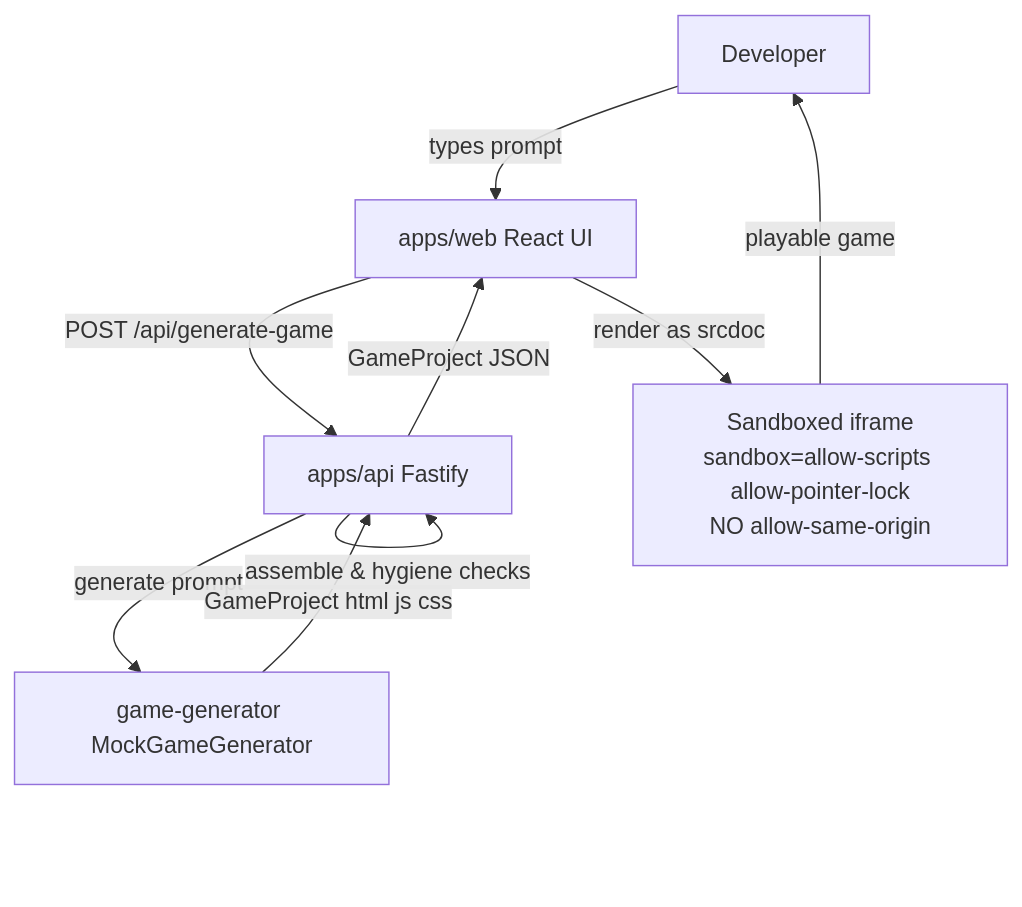
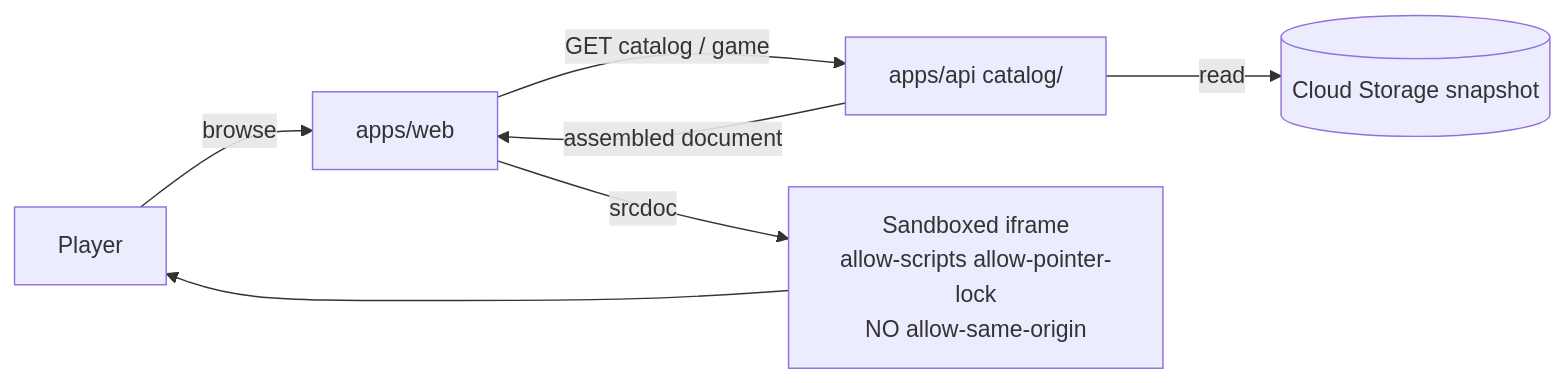
Before and after one commit to gamedevpl/www.gamedev.pl: the first of 2 diagrams in docs/architecture.md, drawn with Mermaid. The commit also changed other lines of this file and 3 other files, not shown here.

````diff
--- a/docs/architecture.md
+++ b/docs/architecture.md
@@ -70,11 +162,9 @@
 ```mermaid
-flowchart TD
-    U[Developer] -->|types prompt| Web[apps/web React UI]
-    Web -->|POST /api/generate-game| API[apps/api Fastify]
-    API -->|generate prompt| Gen[game-generator MockGameGenerator]
-    Gen -->|GameProject html js css| API
-    API -->|assemble & hygiene checks| API
-    API -->|GameProject JSON| Web
-    Web -->|render as srcdoc| IF["Sandboxed iframe<br/>sandbox=allow-scripts allow-pointer-lock<br/>NO allow-same-origin"]
-    IF -->|playable game| U
+flowchart LR
+    P[Player] -->|browse| Web[apps/web]
+    Web -->|GET catalog / game| API[apps/api catalog/]
+    API -->|read| Snap[(Cloud Storage snapshot)]
+    API -->|assembled document| Web
+    Web -->|srcdoc| IF["Sandboxed iframe<br/>allow-scripts allow-pointer-lock<br/>NO allow-same-origin"]
+    IF --> P
 ```
````
